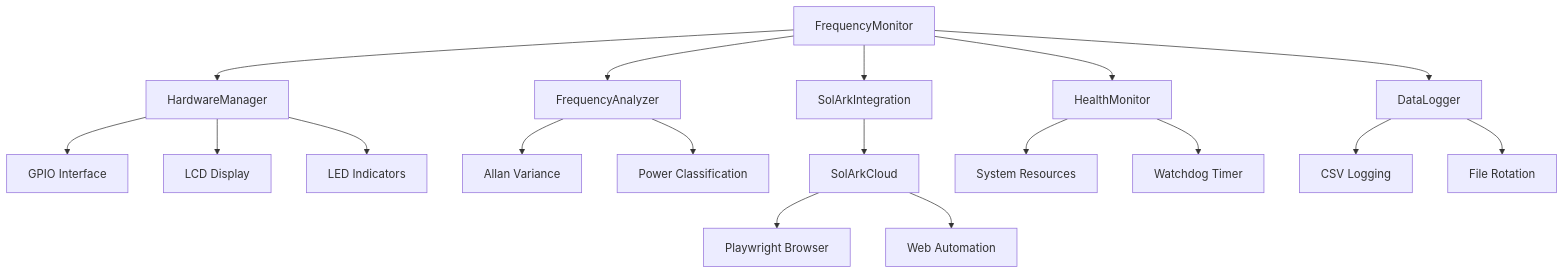
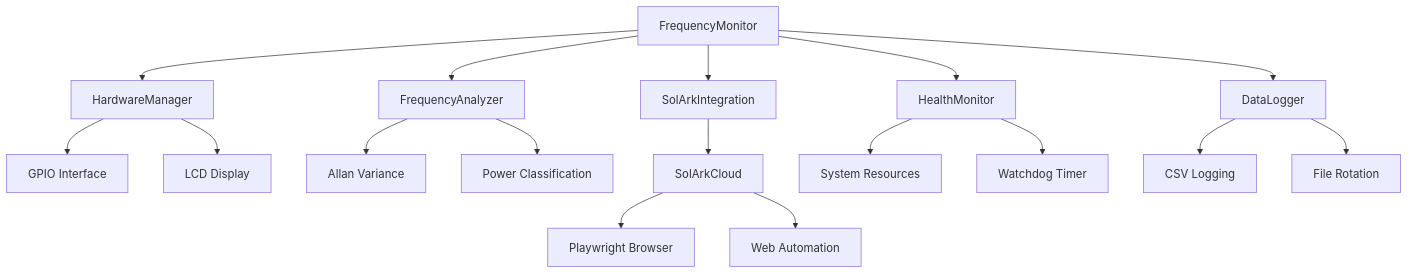
The diagram in README.md (KeithCu/RpiSolArk), drawn with Mermaid before and after one commit. The commit also changed other lines of this file, not shown here.

First line of the commit message:
Update README.md to refine feature descriptions and remove LED references

````diff
--- a/README.md
+++ b/README.md
@@ -515,25 +505,24 @@
 ```mermaid
 graph TB
     A[FrequencyMonitor] --> B[HardwareManager]
     A --> C[FrequencyAnalyzer]
     A --> D[HealthMonitor]
     A --> E[DataLogger]
     A --> F[SolArkIntegration]
     
     B --> G[GPIO Interface]
     B --> H[LCD Display]
-    B --> I[LED Indicators]
     
     C --> J[Allan Variance]
     C --> K[Power Classification]
     
     F --> L[SolArkCloud]
     L --> M[Playwright Browser]
     L --> N[Web Automation]
     
     D --> O[System Resources]
     D --> P[Watchdog Timer]
     
     E --> Q[CSV Logging]
     E --> R[File Rotation]
 ```
````
